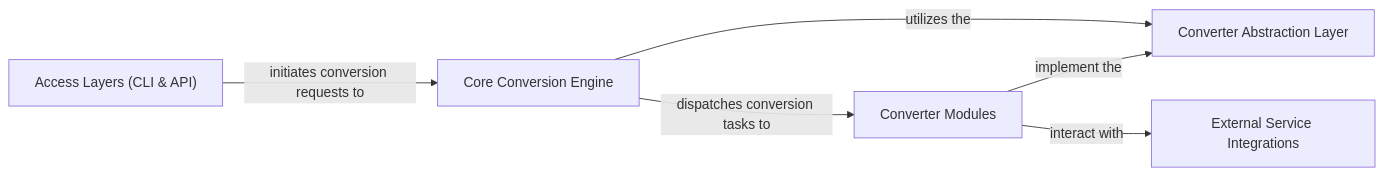
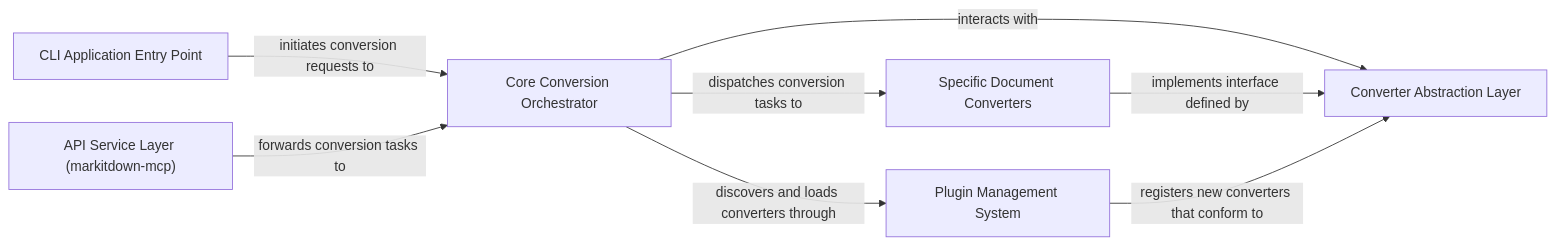
Before and after one commit to CodeBoarding/GeneratedOnBoardings: the diagram in markitdown/on_boarding.md, drawn with Mermaid. The commit also changed other lines of this file, not shown here.

Commit message:
Uploading onboarding materials for markitdown

````diff
--- a/markitdown/on_boarding.md
+++ b/markitdown/on_boarding.md
@@ -1,13 +1,16 @@
 ```mermaid
 graph LR
-    Core_Conversion_Engine["Core Conversion Engine"]
+    CLI_Application_Entry_Point["CLI Application Entry Point"]
+    API_Service_Layer_markitdown_mcp_["API Service Layer (markitdown-mcp)"]
+    Core_Conversion_Orchestrator["Core Conversion Orchestrator"]
     Converter_Abstraction_Layer["Converter Abstraction Layer"]
-    Converter_Modules["Converter Modules"]
-    Access_Layers_CLI_API_["Access Layers (CLI & API)"]
-    External_Service_Integrations["External Service Integrations"]
-    Access_Layers_CLI_API_ -- "initiates conversion requests to" --> Core_Conversion_Engine
-    Core_Conversion_Engine -- "utilizes the" --> Converter_Abstraction_Layer
-    Core_Conversion_Engine -- "dispatches conversion tasks to" --> Converter_Modules
-    Converter_Modules -- "implement the" --> Converter_Abstraction_Layer
-    Converter_Modules -- "interact with" --> External_Service_Integrations
+    Specific_Document_Converters["Specific Document Converters"]
+    Plugin_Management_System["Plugin Management System"]
+    CLI_Application_Entry_Point -- "initiates conversion requests to" --> Core_Conversion_Orchestrator
+    API_Service_Layer_markitdown_mcp_ -- "forwards conversion tasks to" --> Core_Conversion_Orchestrator
+    Core_Conversion_Orchestrator -- "interacts with" --> Converter_Abstraction_Layer
+    Core_Conversion_Orchestrator -- "dispatches conversion tasks to" --> Specific_Document_Converters
+    Core_Conversion_Orchestrator -- "discovers and loads converters through" --> Plugin_Management_System
+    Specific_Document_Converters -- "implements interface defined by" --> Converter_Abstraction_Layer
+    Plugin_Management_System -- "registers new converters that conform to" --> Converter_Abstraction_Layer
 ```
````
